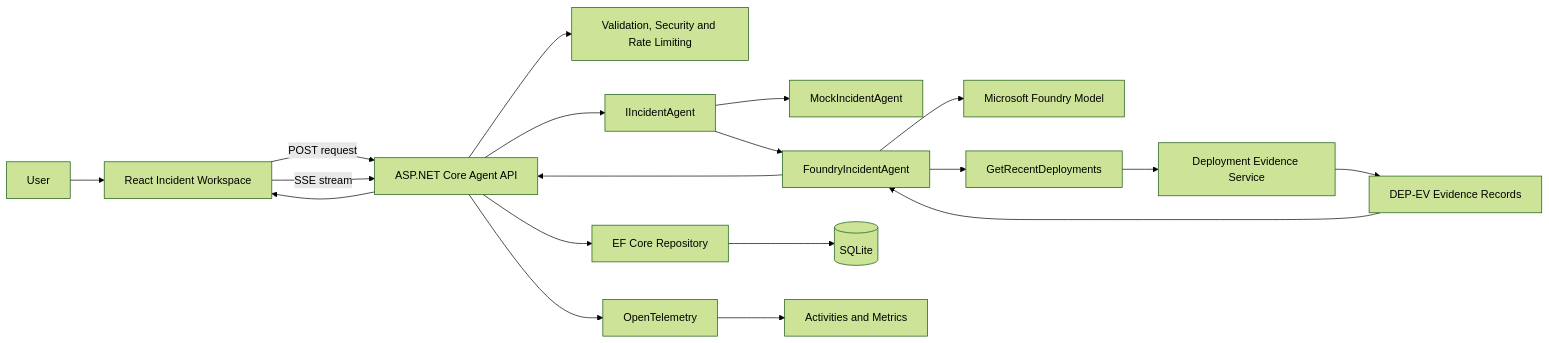
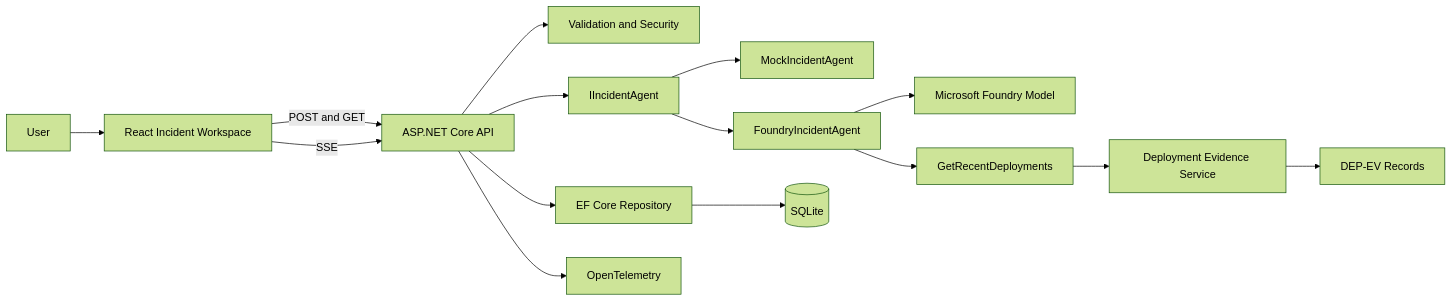
One commit to PrencyN/AgentOpsNexus changed the first of 2 diagrams in README.md. Above: the diagram before and after it, drawn with Mermaid (forest theme). The commit also changed other lines of this file and 4 other files, not shown here.

````diff
--- a/README.md
+++ b/README.md
@@ -331,29 +270,23 @@
 ```mermaid
 flowchart LR
     U[User] --> UI[React Incident Workspace]
+    UI -->|POST and GET| API[ASP.NET Core API]
+    UI -->|SSE| API
 
-    UI -->|POST request| API[ASP.NET Core Agent API]
-    UI -->|SSE stream| API
-
-    API --> SEC[Validation, Security and Rate Limiting]
+    API --> SEC[Validation and Security]
     API --> AGENT[IIncidentAgent]
 
     AGENT --> MOCK[MockIncidentAgent]
     AGENT --> FOUNDRY[FoundryIncidentAgent]
 
     FOUNDRY --> MODEL[Microsoft Foundry Model]
     FOUNDRY --> TOOL[GetRecentDeployments]
 
     TOOL --> EVIDENCE[Deployment Evidence Service]
-    EVIDENCE --> RECORDS[DEP-EV Evidence Records]
+    EVIDENCE --> RECORDS[DEP-EV Records]
 
     API --> REPO[EF Core Repository]
     REPO --> DB[(SQLite)]
 
     API --> OTEL[OpenTelemetry]
-    OTEL --> SIGNALS[Activities and Metrics]
-
-    RECORDS --> FOUNDRY
-    FOUNDRY --> API
-    API --> UI
 ```
````
